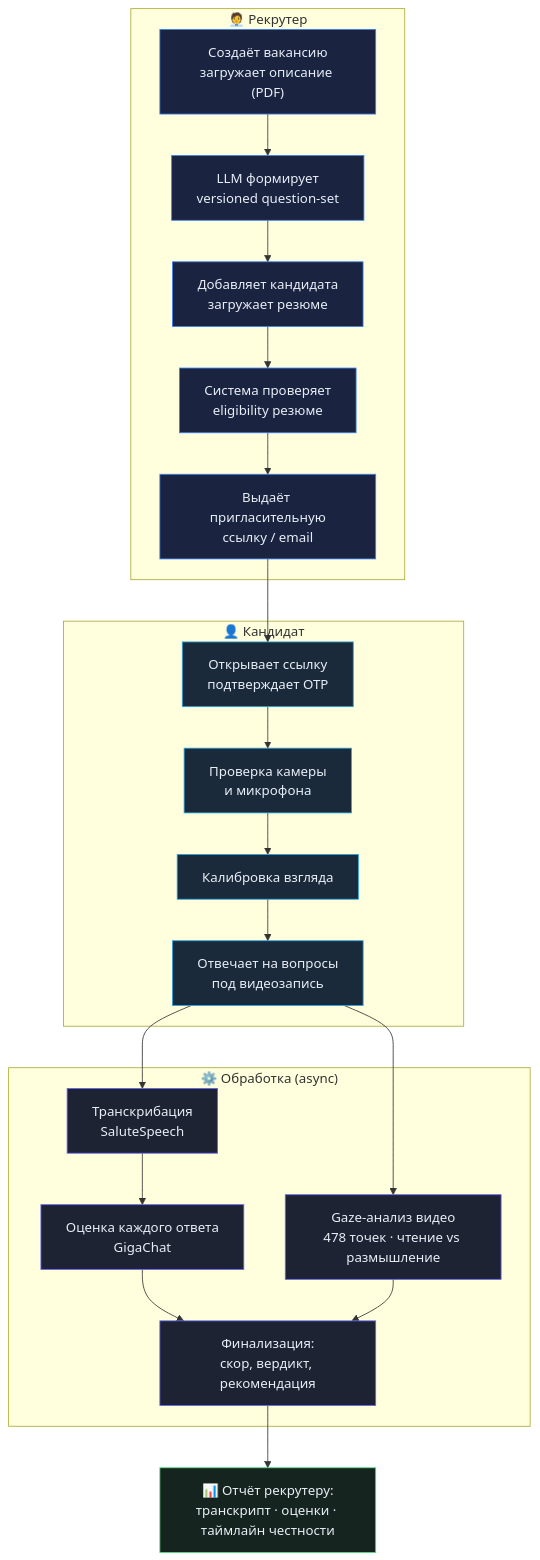
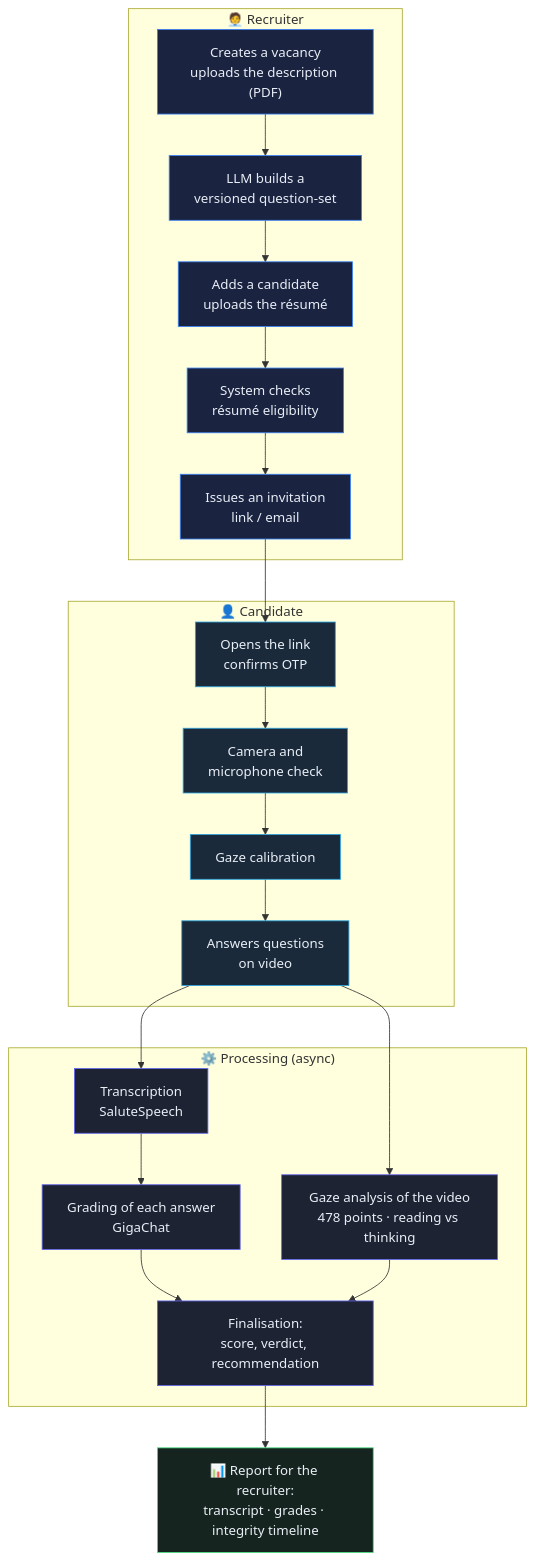
Before and after one commit to simeonkolchin/ai-interview: the first of 3 diagrams in README.md, drawn with Mermaid. The commit also changed other lines of this file, not shown here.

````diff
--- a/README.md
+++ b/README.md
@@ -90,35 +90,35 @@
 ```mermaid
 flowchart TB
-    subgraph REC["🧑‍💼 Рекрутер"]
-        R1["Создаёт вакансию<br/>загружает описание (PDF)"] --> R2["LLM формирует<br/>versioned question-set"]
-        R2 --> R3["Добавляет кандидата<br/>загружает резюме"]
-        R3 --> R4["Система проверяет<br/>eligibility резюме"]
-        R4 --> R5["Выдаёт пригласительную<br/>ссылку / email"]
+    subgraph REC["🧑‍💼 Recruiter"]
+        R1["Creates a vacancy<br/>uploads the description (PDF)"] --> R2["LLM builds a<br/>versioned question-set"]
+        R2 --> R3["Adds a candidate<br/>uploads the résumé"]
+        R3 --> R4["System checks<br/>résumé eligibility"]
+        R4 --> R5["Issues an invitation<br/>link / email"]
     end
 
-    subgraph CAND["👤 Кандидат"]
-        C1["Открывает ссылку<br/>подтверждает OTP"] --> C2["Проверка камеры<br/>и микрофона"]
-        C2 --> C3["Калибровка взгляда"]
-        C3 --> C4["Отвечает на вопросы<br/>под видеозапись"]
+    subgraph CAND["👤 Candidate"]
+        C1["Opens the link<br/>confirms OTP"] --> C2["Camera and<br/>microphone check"]
+        C2 --> C3["Gaze calibration"]
+        C3 --> C4["Answers questions<br/>on video"]
     end
 
-    subgraph PROC["⚙️ Обработка (async)"]
-        P1["Транскрибация<br/>SaluteSpeech"] --> P2["Оценка каждого ответа<br/>GigaChat"]
-        P2 --> P3["Финализация:<br/>скор, вердикт, рекомендация"]
-        G1["Gaze-анализ видео<br/>478 точек · чтение vs размышление"] --> P3
+    subgraph PROC["⚙️ Processing (async)"]
+        P1["Transcription<br/>SaluteSpeech"] --> P2["Grading of each answer<br/>GigaChat"]
+        P2 --> P3["Finalisation:<br/>score, verdict, recommendation"]
+        G1["Gaze analysis of the video<br/>478 points · reading vs thinking"] --> P3
     end
 
     R5 --> C1
     C4 --> P1
     C4 --> G1
-    P3 --> OUT["📊 Отчёт рекрутеру:<br/>транскрипт · оценки · таймлайн честности"]
+    P3 --> OUT["📊 Report for the recruiter:<br/>transcript · grades · integrity timeline"]
 
     classDef rec fill:#1a2340,stroke:#3b82f6,color:#e8eef6
     classDef cand fill:#1b2a3a,stroke:#2CA5E0,color:#e8eef6
     classDef proc fill:#1d2333,stroke:#6366f1,color:#e8eef6
     classDef out fill:#16241f,stroke:#4ade80,color:#e8eef6
     class R1,R2,R3,R4,R5 rec
     class C1,C2,C3,C4 cand
     class P1,P2,P3,G1 proc
     class OUT out
 ```
````
